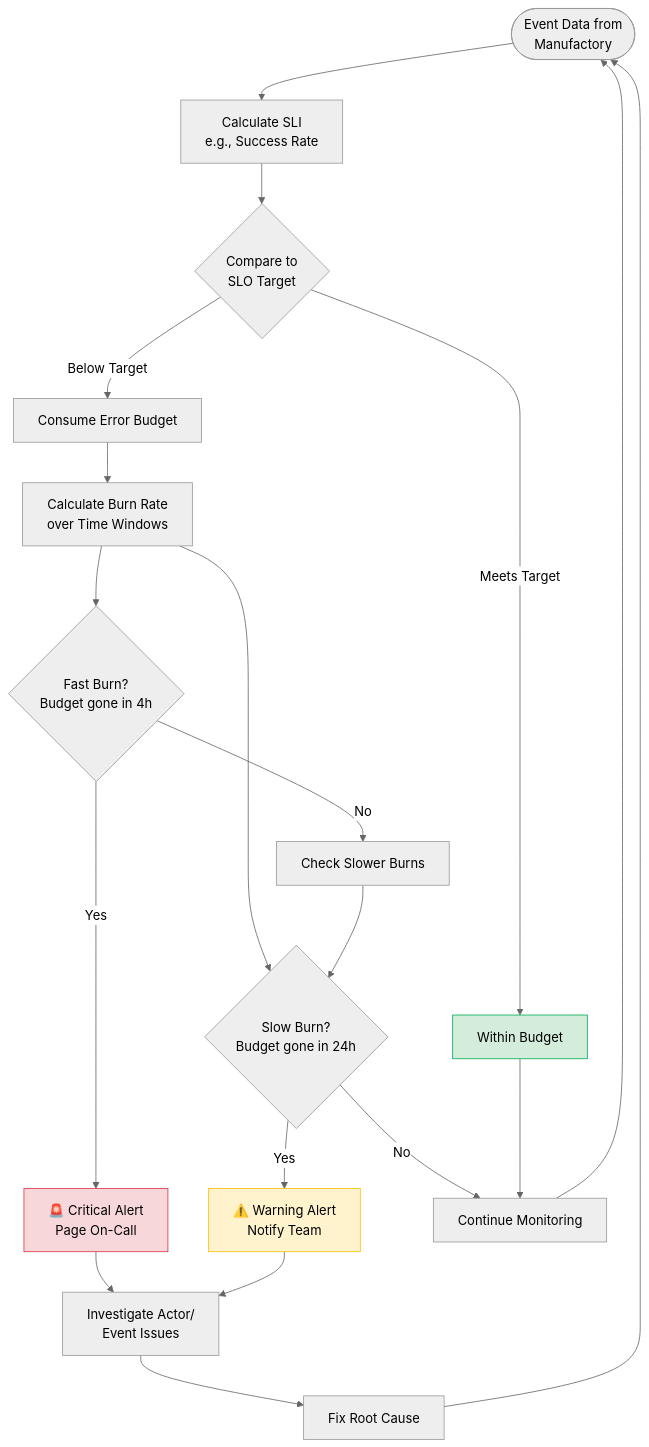
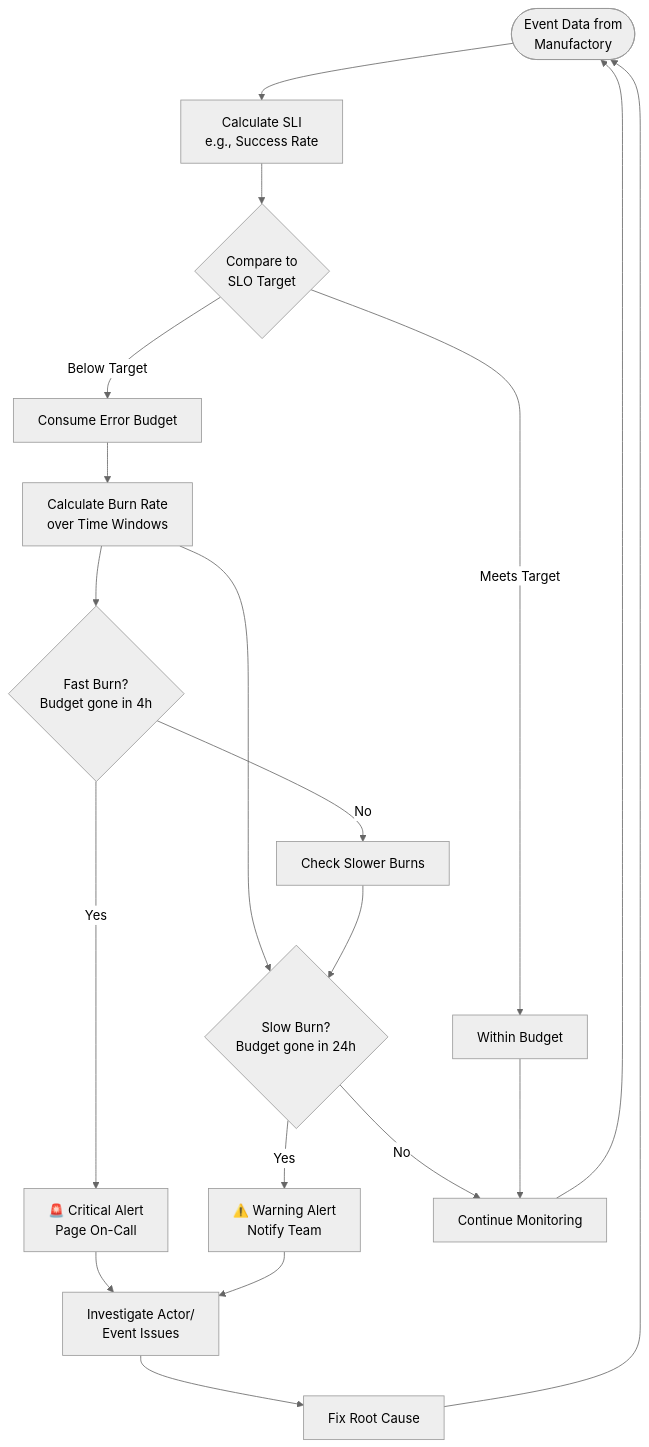
One commit to tallyfy/documentation changed the diagram in src/content/docs/manufactory/best-practices/setting-up-alerts-and-slos.mdx. Above: the diagram before and after it, drawn with Mermaid (neutral theme). The commit also changed 5 other files, not shown here.

First line of the commit message:
Remove all style directives from Mermaid diagrams in final 6 documentation files

````diff
--- a/src/content/docs/manufactory/best-practices/setting-up-alerts-and-slos.mdx
+++ b/src/content/docs/manufactory/best-practices/setting-up-alerts-and-slos.mdx
@@ -68,38 +68,34 @@
 ```mermaid
 flowchart TD
     Start([Event Data from<br/>Manufactory]) --> SLI[Calculate SLI<br/>e.g., Success Rate]
     
     SLI --> Compare{Compare to<br/>SLO Target}
     
     Compare -->|Below Target| Consume[Consume Error Budget]
     Compare -->|Meets Target| OK[Within Budget]
     
     Consume --> BurnCalc[Calculate Burn Rate<br/>over Time Windows]
     
     BurnCalc --> FastBurn{Fast Burn?<br/>Budget gone in 4h}
     BurnCalc --> SlowBurn{Slow Burn?<br/>Budget gone in 24h}
     
     FastBurn -->|Yes| Critical[🚨 Critical Alert<br/>Page On-Call]
     FastBurn -->|No| CheckSlow
     
     SlowBurn -->|Yes| Warning[⚠️ Warning Alert<br/>Notify Team]
     SlowBurn -->|No| Monitor[Continue Monitoring]
     
     CheckSlow[Check Slower Burns] --> SlowBurn
     
     Critical --> Investigate[Investigate Actor/<br/>Event Issues]
     Warning --> Investigate
     
     Investigate --> Fix[Fix Root Cause]
     Fix --> Start
     
     OK --> Monitor
     Monitor --> Start
     
-    style Critical fill:#F8D7DA,stroke:#DC3545
-    style Warning fill:#FFF3CD,stroke:#FFC107
-    style OK fill:#D4EDDA,stroke:#00AA55
-    
     click SLI "/products/manufactory/best-practices/what-is-observability/" "Learn about observability"
     click Investigate "/products/manufactory/actors/" "Understanding Manufactory actors"
 ```
````
